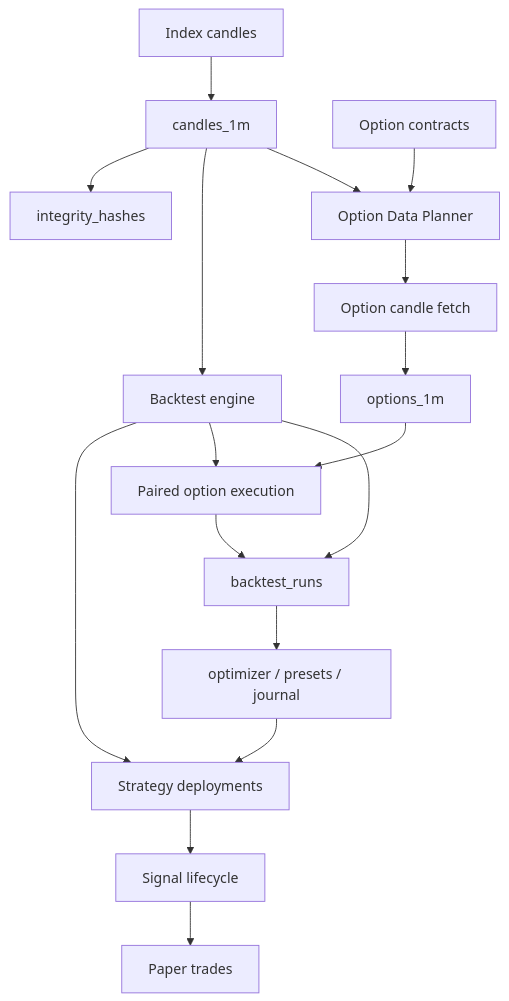
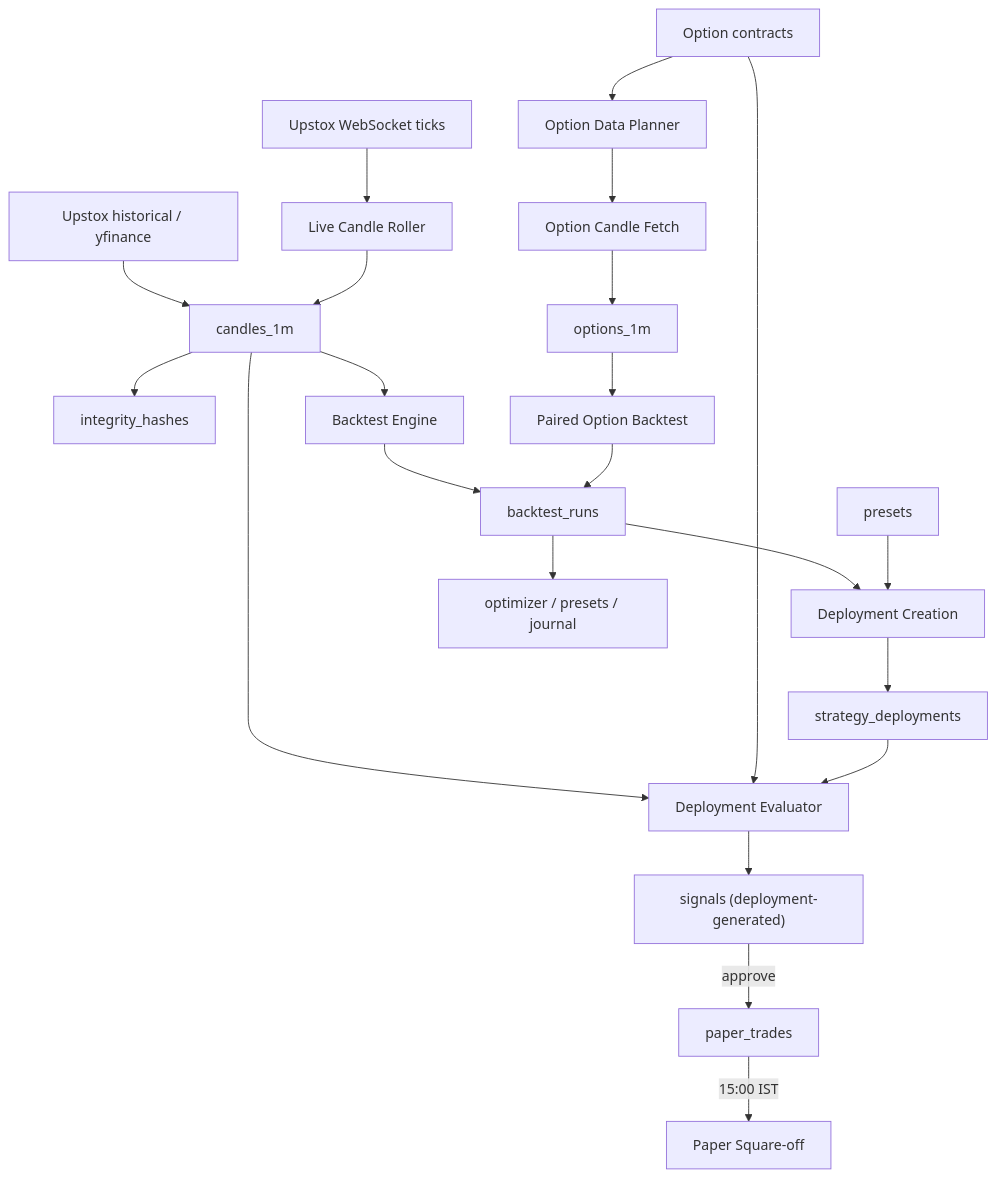
One commit to hrninfomeet-wq/Emergent-AlphaForge changed the second of 2 diagrams in docs/ARCHITECTURE.md. Above: the diagram before and after it, drawn with Mermaid. The commit also changed other lines of this file and 19 other files, not shown here.

````diff
--- a/docs/ARCHITECTURE.md
+++ b/docs/ARCHITECTURE.md
@@ -36,19 +39,24 @@
 ```mermaid
 flowchart TD
-  I["Index candles"] --> C["candles_1m"]
+  HIST["Upstox historical / yfinance"] --> C["candles_1m"]
+  TICKS["Upstox WebSocket ticks"] --> ROL["Live Candle Roller"]
+  ROL --> C
   C --> H["integrity_hashes"]
-  C --> BT["Backtest engine"]
-  BT --> SD["Strategy deployments"]
-  OC["Option contracts"] --> OCP["Option Data Planner"]
-  C --> OCP
-  OCP --> OF["Option candle fetch"]
+  C --> EV["Deployment Evaluator"]
+  OC["Option contracts"] --> EV
+  EV --> SIG["signals (deployment-generated)"]
+  SIG -->|approve| PT["paper_trades"]
+  PT -->|"15:00 IST"| SQ["Paper Square-off"]
+  C --> BT["Backtest Engine"]
+  OC --> OCP["Option Data Planner"]
+  OCP --> OF["Option Candle Fetch"]
   OF --> O1["options_1m"]
-  BT --> OP["Paired option execution"]
-  O1 --> OP
-  SD --> SL["Signal lifecycle"]
-  SL --> PT["Paper trades"]
-  OP --> BR["backtest_runs"]
-  BT --> BR
-  BR --> OPT["optimizer / presets / journal"]
-  OPT --> SD
+  O1 --> OPT["Paired Option Backtest"]
+  BT --> BR["backtest_runs"]
+  OPT --> BR
+  BR --> SDC["Deployment Creation"]
+  PRESET["presets"] --> SDC
+  SDC --> SD["strategy_deployments"]
+  SD --> EV
+  BR --> OPTM["optimizer / presets / journal"]
 ```
````
